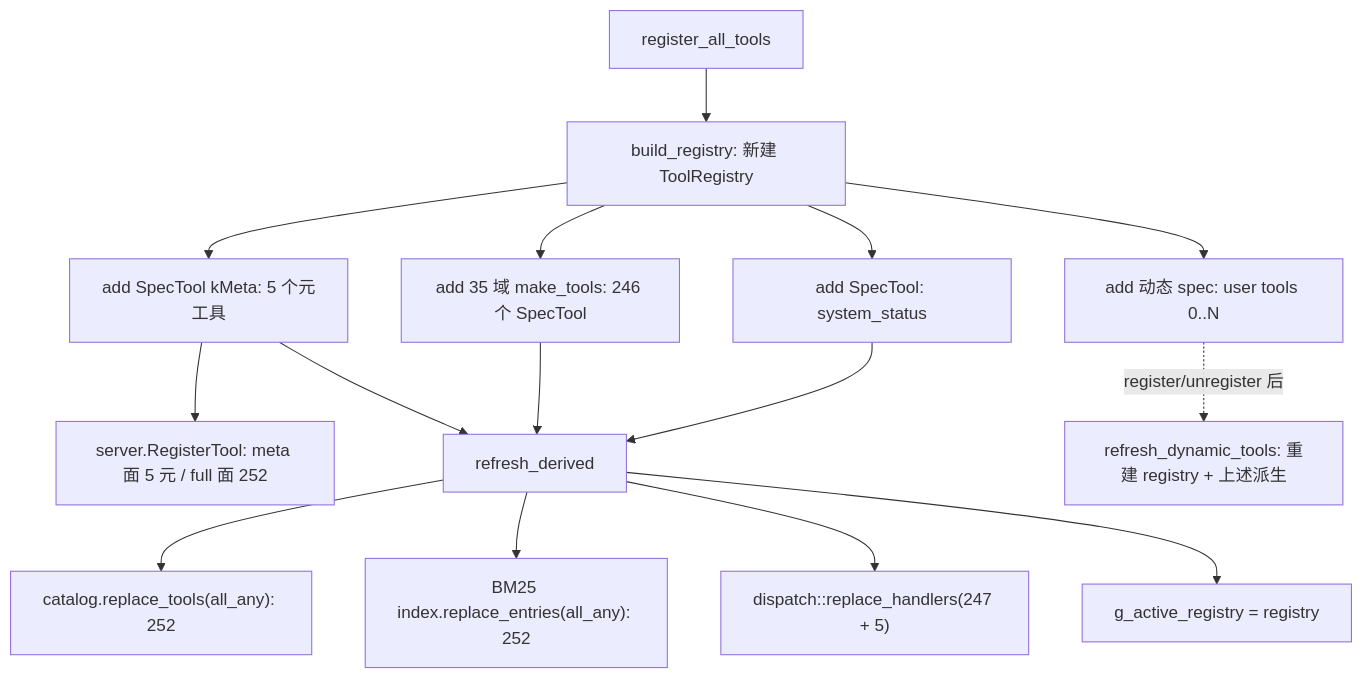
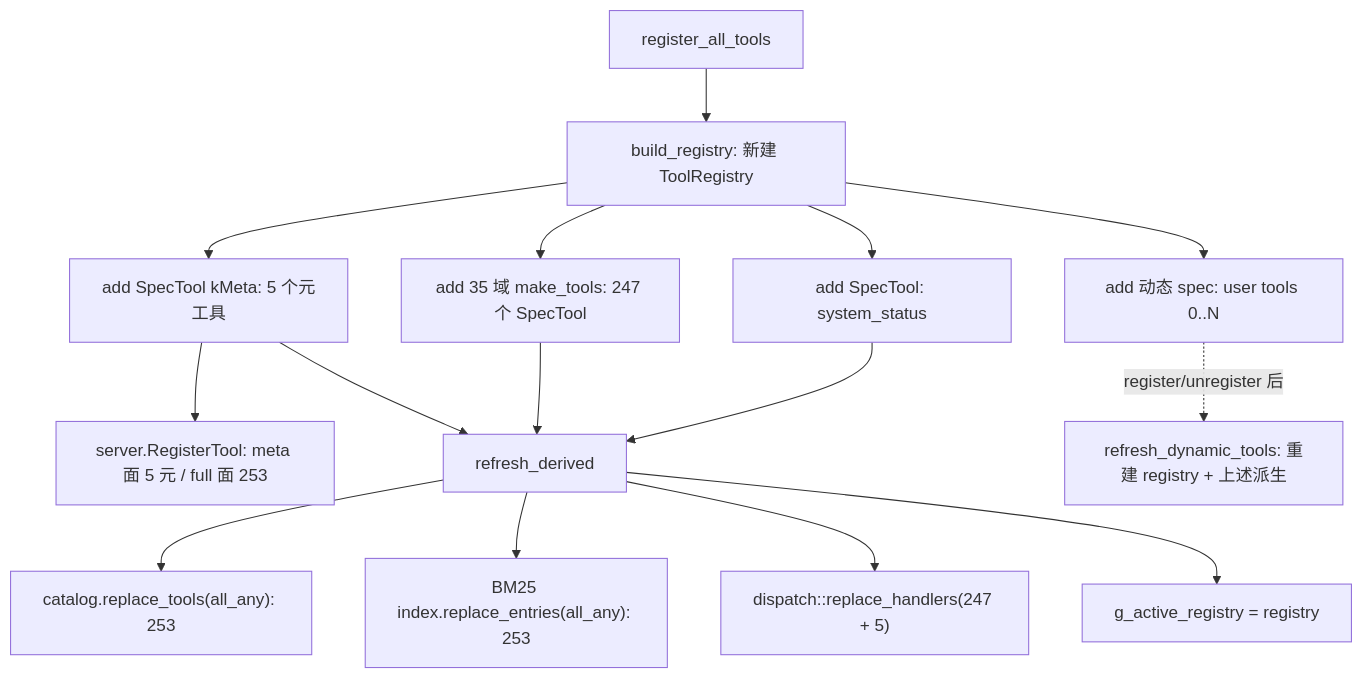
The diagram in docs/wiki/modules/tools_registry.md (jesspig/Godot-Autopilot), drawn with Mermaid before and after one commit. The commit also changed other lines of this file and 26 other files, not shown here.

````diff
--- a/docs/wiki/modules/tools_registry.md
+++ b/docs/wiki/modules/tools_registry.md
@@ -26,17 +26,17 @@
 ```mermaid
 flowchart TD
     A["register_all_tools"] --> B["build_registry: 新建 ToolRegistry"]
     B --> C["add SpecTool: system_status"]
-    B --> D["add 35 域 make_tools: 246 个 SpecTool"]
+    B --> D["add 35 域 make_tools: 247 个 SpecTool"]
     B --> E["add SpecTool kMeta: 5 个元工具"]
     B --> F["add 动态 spec: user tools 0..N"]
-    E --> G["server.RegisterTool: meta 面 5 元 / full 面 252"]
+    E --> G["server.RegisterTool: meta 面 5 元 / full 面 253"]
     C --> H["refresh_derived"]
     D --> H
     E --> H
-    H --> I["catalog.replace_tools(all_any): 252"]
-    H --> J["BM25 index.replace_entries(all_any): 252"]
+    H --> I["catalog.replace_tools(all_any): 253"]
+    H --> J["BM25 index.replace_entries(all_any): 253"]
     H --> K["dispatch::replace_handlers(247 + 5)"]
     H --> L["g_active_registry = registry"]
     F -. "register/unregister 后" .-> M["refresh_dynamic_tools: 重建 registry + 上述派生"]
 ```
````
